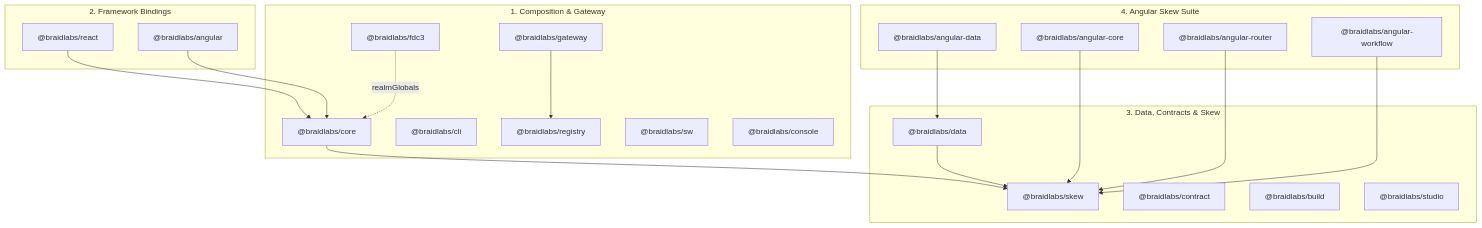
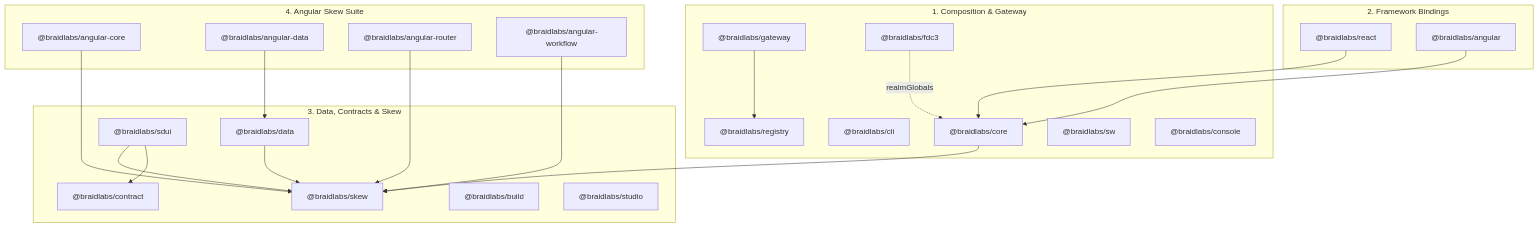
Before and after one commit to braidjs/braid: the diagram in docs/packages/index.md, drawn with Mermaid. The commit also changed other lines of this file and 72 other files, not shown here.

First line of the commit message:
feat(sdui): @braidlabs/sdui core, and the plan for a server-driven UI CMS (#91)

````diff
--- a/docs/packages/index.md
+++ b/docs/packages/index.md
@@ -9,43 +9,46 @@
 ```mermaid
 flowchart TD
   subgraph Composition ["1. Composition & Gateway"]
     Core["@braidlabs/core"]
     GW["@braidlabs/gateway"]
     CLI["@braidlabs/cli"]
     Registry["@braidlabs/registry"]
     SW["@braidlabs/sw"]
     Console["@braidlabs/console"]
     FDC3["@braidlabs/fdc3"]
   end
 
   subgraph Frameworks ["2. Framework Bindings"]
     ReactPkg["@braidlabs/react"]
     AngularPkg["@braidlabs/angular"]
   end
 
   subgraph SkewData ["3. Data, Contracts & Skew"]
     Skew["@braidlabs/skew"]
     Data["@braidlabs/data"]
     Contract["@braidlabs/contract"]
     Build["@braidlabs/build"]
     Studio["@braidlabs/studio"]
+    Sdui["@braidlabs/sdui"]
   end
 
   subgraph AngularSuite ["4. Angular Skew Suite"]
     AngCore["@braidlabs/angular-core"]
     AngData["@braidlabs/angular-data"]
     AngRouter["@braidlabs/angular-router"]
     AngWorkflow["@braidlabs/angular-workflow"]
   end
 
   ReactPkg --> Core
   AngularPkg --> Core
   GW --> Registry
   FDC3 -. realmGlobals .-> Core
   Core --> Skew
   Data --> Skew
+  Sdui --> Contract
+  Sdui --> Skew
   AngData --> Data
   AngCore --> Skew
   AngRouter --> Skew
   AngWorkflow --> Skew
 ```
````
